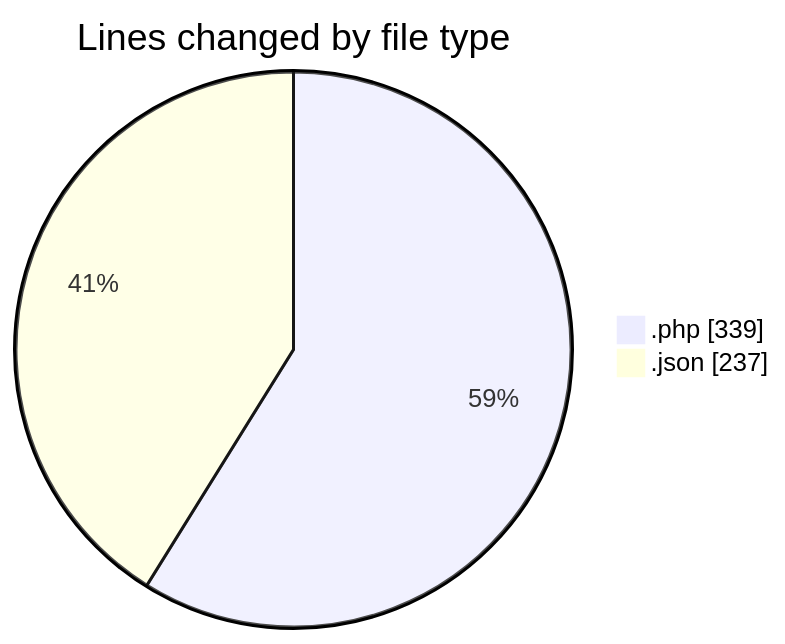
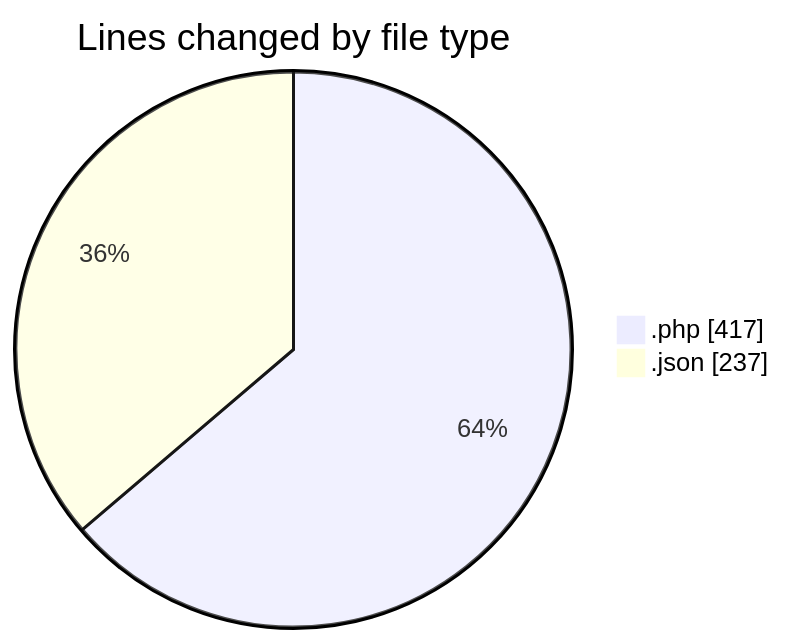
One commit to idhammustaqopulfikri/code-tracking changed the first of 2 diagrams in 2025-06-07/studio-backend/README.md. Above: the diagram before and after it, drawn with Mermaid. The commit also changed other lines of this file and 1 other file, not shown here.

````diff
--- a/2025-06-07/studio-backend/README.md
+++ b/2025-06-07/studio-backend/README.md
@@ -24,6 +27,6 @@
 ```mermaid
 pie showData
 title Lines changed by file type
-".php" : 339
+".php" : 417
 ".json" : 237
 ```
````
